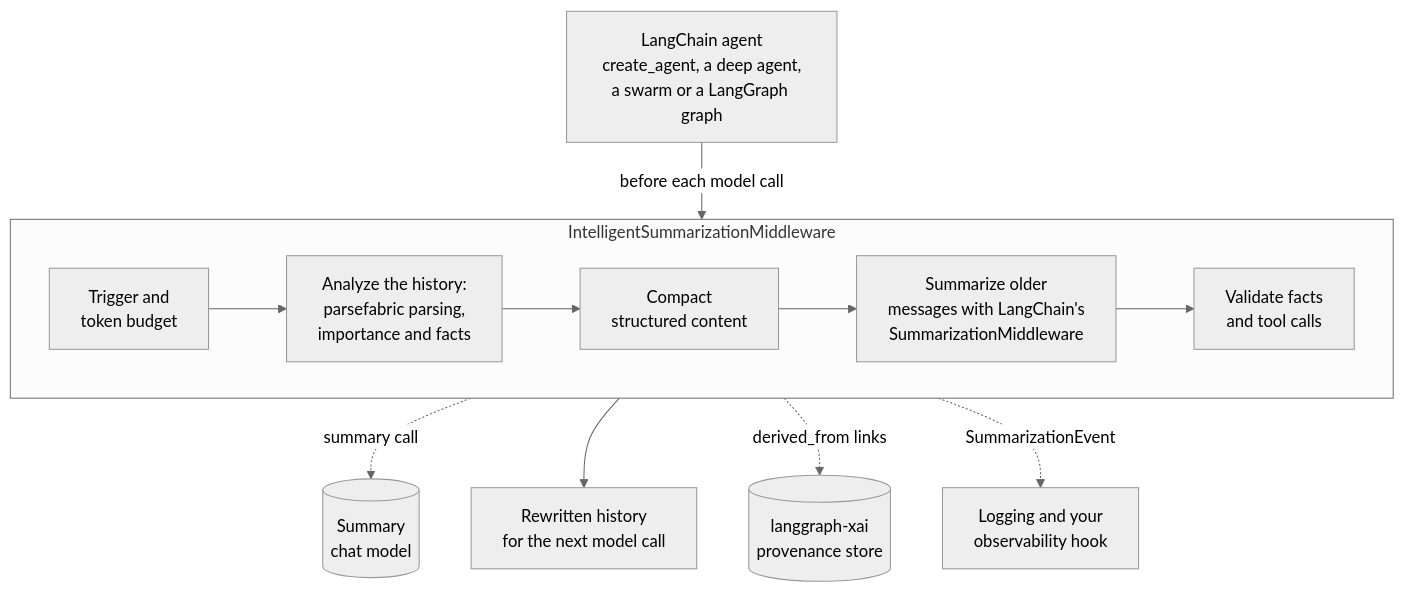
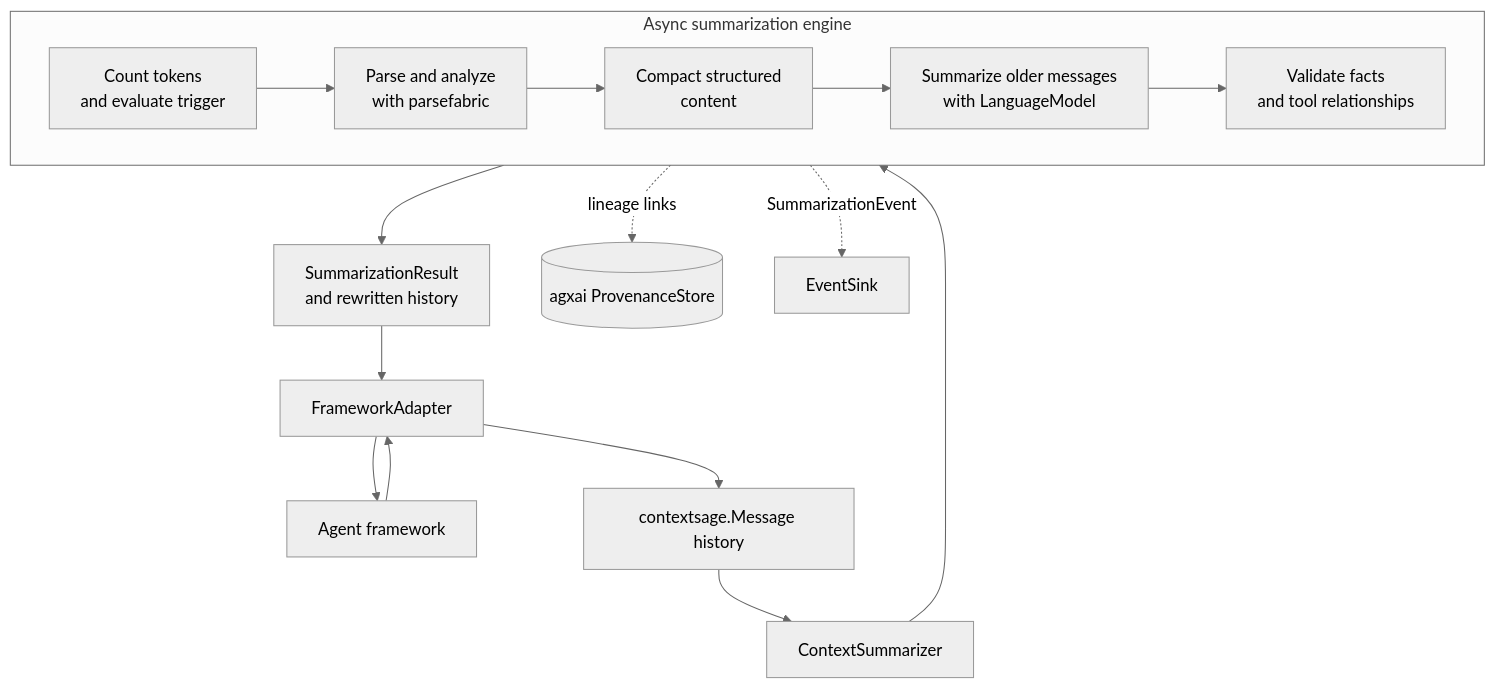
Before and after one commit to smuniharish/contextsage: the diagram in diagrams/architecture.mmd, drawn with Mermaid (neutral theme). The commit also changed 99 other files, not shown here.

```diff
--- a/diagrams/architecture.mmd
+++ b/diagrams/architecture.mmd
@@ -1,13 +1,17 @@
 flowchart TB
-    agent["LangChain agent<br/>create_agent, a deep agent,<br/>a swarm or a LangGraph graph"] -- "before each model call" --> middleware
-    subgraph middleware["IntelligentSummarizationMiddleware"]
+    framework["Agent framework"] --> adapter["FrameworkAdapter"]
+    adapter --> history["contextsage.Message history"]
+    history --> engine["ContextSummarizer"]
+    subgraph engine_flow["Async summarization engine"]
         direction LR
-        trigger["Trigger and<br/>token budget"] --> analyze["Analyze the history:<br/>parsefabric parsing,<br/>importance and facts"]
-        analyze --> compact["Compact<br/>structured content"]
-        compact --> summarize["Summarize older<br/>messages with LangChain's<br/>SummarizationMiddleware"]
-        summarize --> validate["Validate facts<br/>and tool calls"]
+        trigger["Count tokens<br/>and evaluate trigger"] --> parse["Parse and analyze<br/>with parsefabric"]
+        parse --> compact["Compact structured<br/>content"]
+        compact --> summarize["Summarize older messages<br/>with LanguageModel"]
+        summarize --> validate["Validate facts<br/>and tool relationships"]
     end
-    middleware -. "summary call" .-> model[("Summary<br/>chat model")]
-    middleware --> history["Rewritten history<br/>for the next model call"]
-    middleware -. "derived_from links" .-> store[("langgraph-xai<br/>provenance store")]
-    middleware -. "SummarizationEvent" .-> observe["Logging and your<br/>observability hook"]
+    engine --> engine_flow
+    engine_flow --> result["SummarizationResult<br/>and rewritten history"]
+    engine_flow -. "lineage links" .-> store[("agxai ProvenanceStore")]
+    engine_flow -. "SummarizationEvent" .-> sink["EventSink"]
+    result --> adapter
+    adapter --> framework
```
